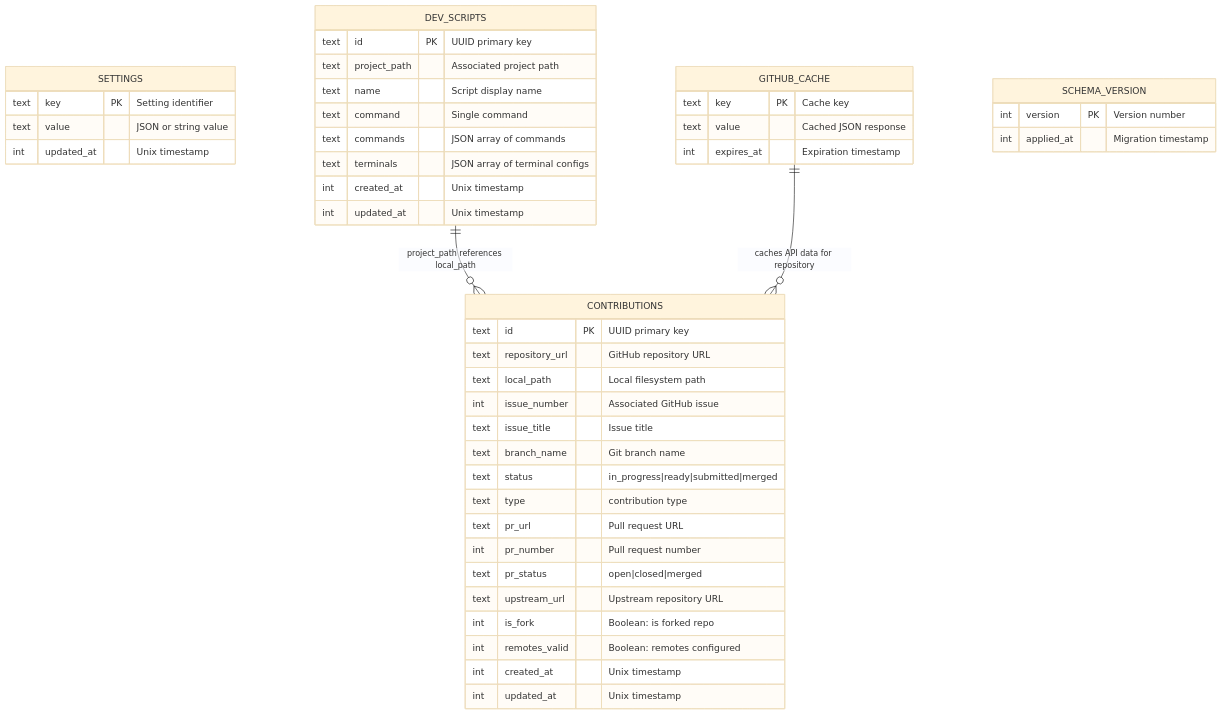
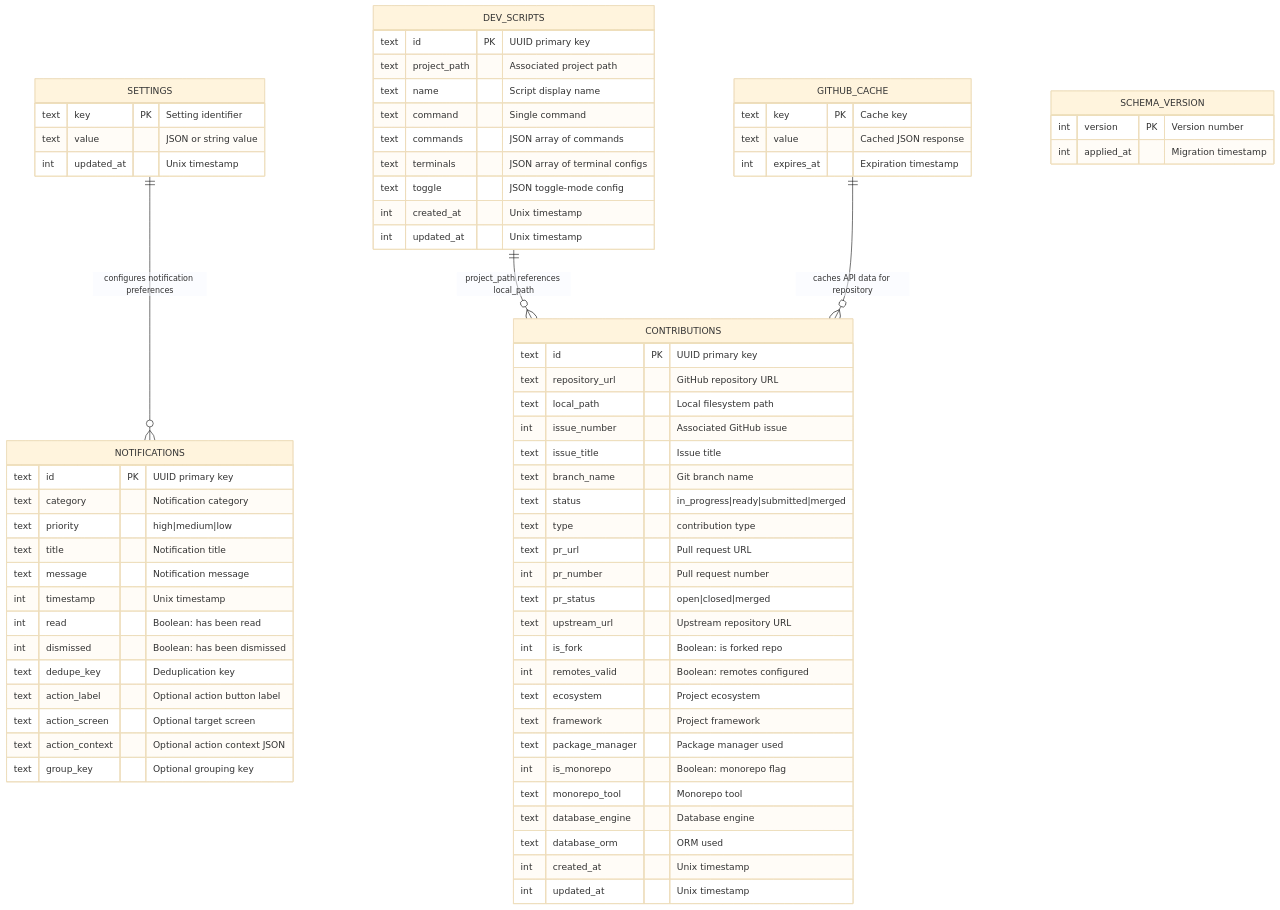
One commit to strawhatluka/cola-records changed the first of 2 diagrams in docs/architecture/database-er.md. Above: the diagram before and after it, drawn with Mermaid (base theme). The commit also changed other lines of this file and 7 other files, not shown here.

````diff
--- a/docs/architecture/database-er.md
+++ b/docs/architecture/database-er.md
@@ -13,52 +13,77 @@
 ```mermaid
 erDiagram
     CONTRIBUTIONS {
         text id PK "UUID primary key"
         text repository_url "GitHub repository URL"
         text local_path "Local filesystem path"
         int issue_number "Associated GitHub issue"
         text issue_title "Issue title"
         text branch_name "Git branch name"
         text status "in_progress|ready|submitted|merged"
         text type "contribution type"
         text pr_url "Pull request URL"
         int pr_number "Pull request number"
         text pr_status "open|closed|merged"
         text upstream_url "Upstream repository URL"
         int is_fork "Boolean: is forked repo"
         int remotes_valid "Boolean: remotes configured"
+        text ecosystem "Project ecosystem"
+        text framework "Project framework"
+        text package_manager "Package manager used"
+        int is_monorepo "Boolean: monorepo flag"
+        text monorepo_tool "Monorepo tool"
+        text database_engine "Database engine"
+        text database_orm "ORM used"
         int created_at "Unix timestamp"
         int updated_at "Unix timestamp"
     }
 
     SETTINGS {
         text key PK "Setting identifier"
         text value "JSON or string value"
         int updated_at "Unix timestamp"
     }
 
     GITHUB_CACHE {
         text key PK "Cache key"
         text value "Cached JSON response"
         int expires_at "Expiration timestamp"
     }
 
     DEV_SCRIPTS {
         text id PK "UUID primary key"
         text project_path "Associated project path"
         text name "Script display name"
         text command "Single command"
         text commands "JSON array of commands"
         text terminals "JSON array of terminal configs"
+        text toggle "JSON toggle-mode config"
         int created_at "Unix timestamp"
         int updated_at "Unix timestamp"
+    }
+
+    NOTIFICATIONS {
+        text id PK "UUID primary key"
+        text category "Notification category"
+        text priority "high|medium|low"
+        text title "Notification title"
+        text message "Notification message"
+        int timestamp "Unix timestamp"
+        int read "Boolean: has been read"
+        int dismissed "Boolean: has been dismissed"
+        text dedupe_key "Deduplication key"
+        text action_label "Optional action button label"
+        text action_screen "Optional target screen"
+        text action_context "Optional action context JSON"
+        text group_key "Optional grouping key"
     }
 
     SCHEMA_VERSION {
         int version PK "Version number"
         int applied_at "Migration timestamp"
     }
 
     DEV_SCRIPTS ||--o{ CONTRIBUTIONS : "project_path references local_path"
     GITHUB_CACHE ||--o{ CONTRIBUTIONS : "caches API data for repository"
+    SETTINGS ||--o{ NOTIFICATIONS : "configures notification preferences"
 ```
````
